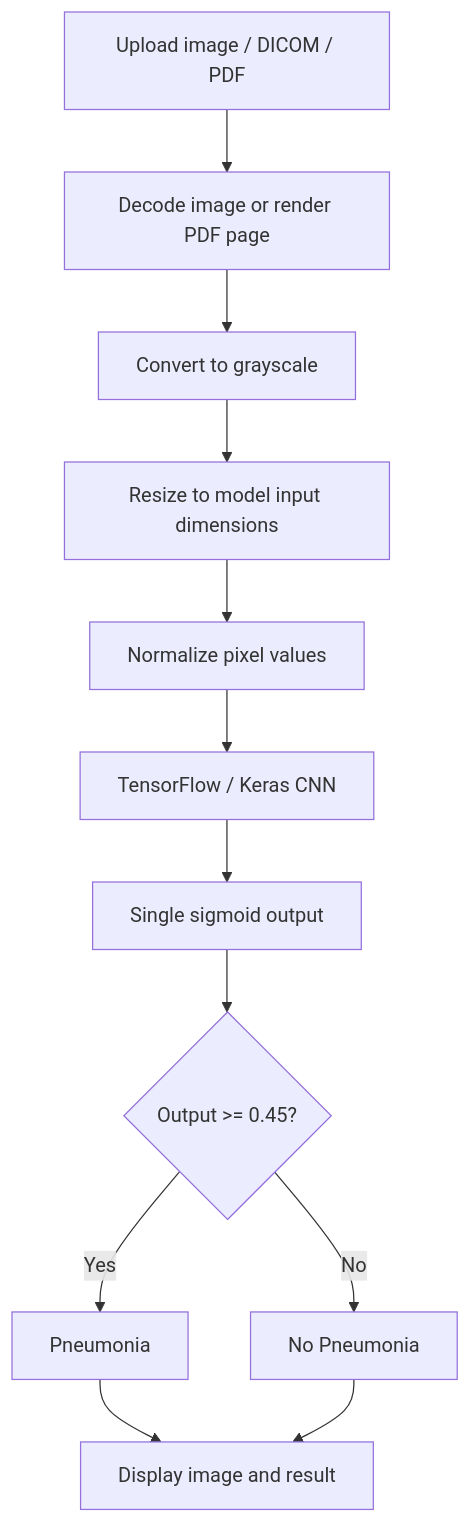
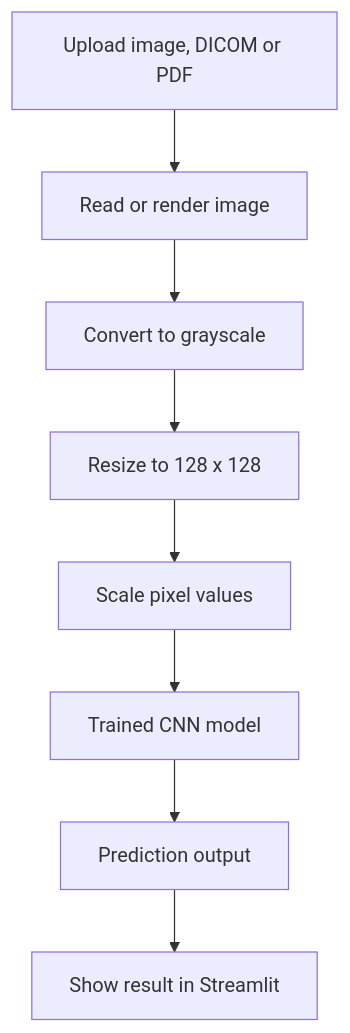
The diagram in README.md (nscr45/Pneumonia-Detection), drawn with Mermaid before and after one commit. The commit also changed other lines of this file, not shown here.

````diff
--- a/README.md
+++ b/README.md
@@ -52,14 +56,10 @@
 ```mermaid
 flowchart TD
-    A[Upload image / DICOM / PDF] --> B[Decode image or render PDF page]
+    A[Upload image, DICOM or PDF] --> B[Read or render image]
     B --> C[Convert to grayscale]
-    C --> D[Resize to model input dimensions]
-    D --> E[Normalize pixel values]
-    E --> F[TensorFlow / Keras CNN]
-    F --> G[Single sigmoid output]
-    G --> H{Output >= 0.45?}
-    H -->|Yes| I[Pneumonia]
-    H -->|No| J[No Pneumonia]
-    I --> K[Display image and result]
-    J --> K
+    C --> D[Resize to 128 x 128]
+    D --> E[Scale pixel values]
+    E --> F[Trained CNN model]
+    F --> G[Prediction output]
+    G --> H[Show result in Streamlit]
 ```
````
